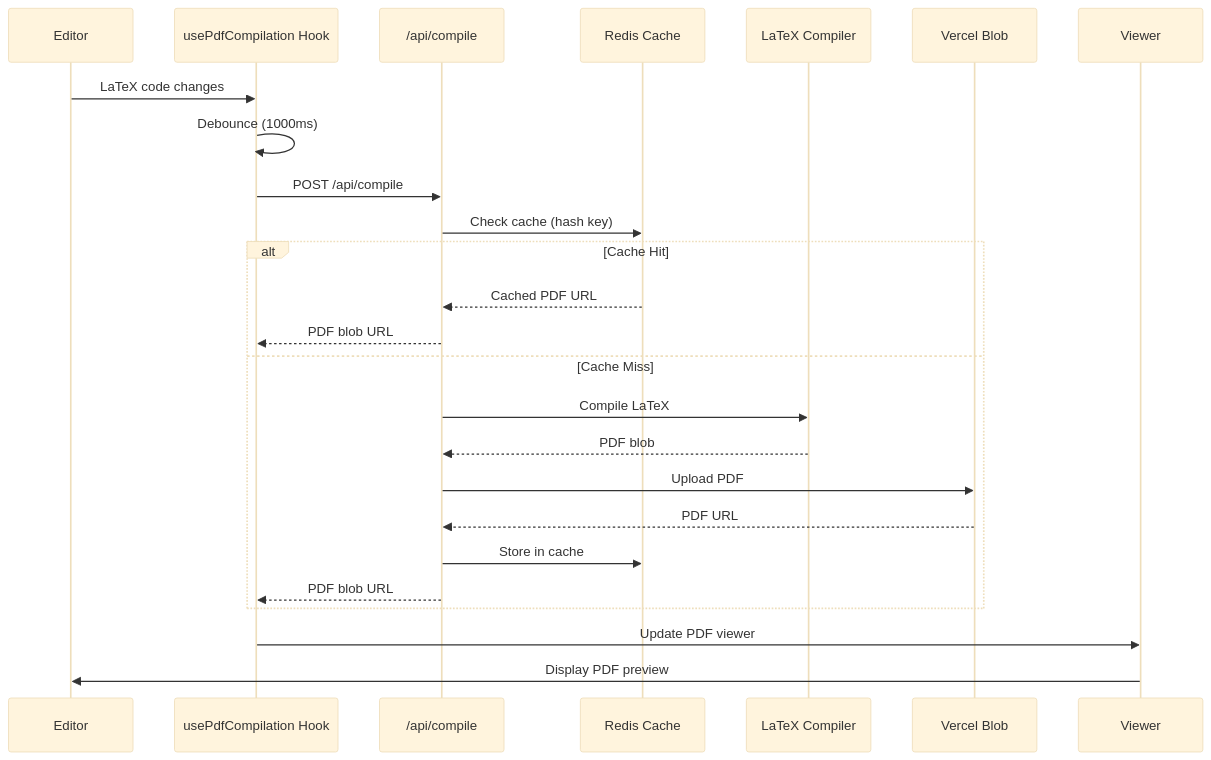
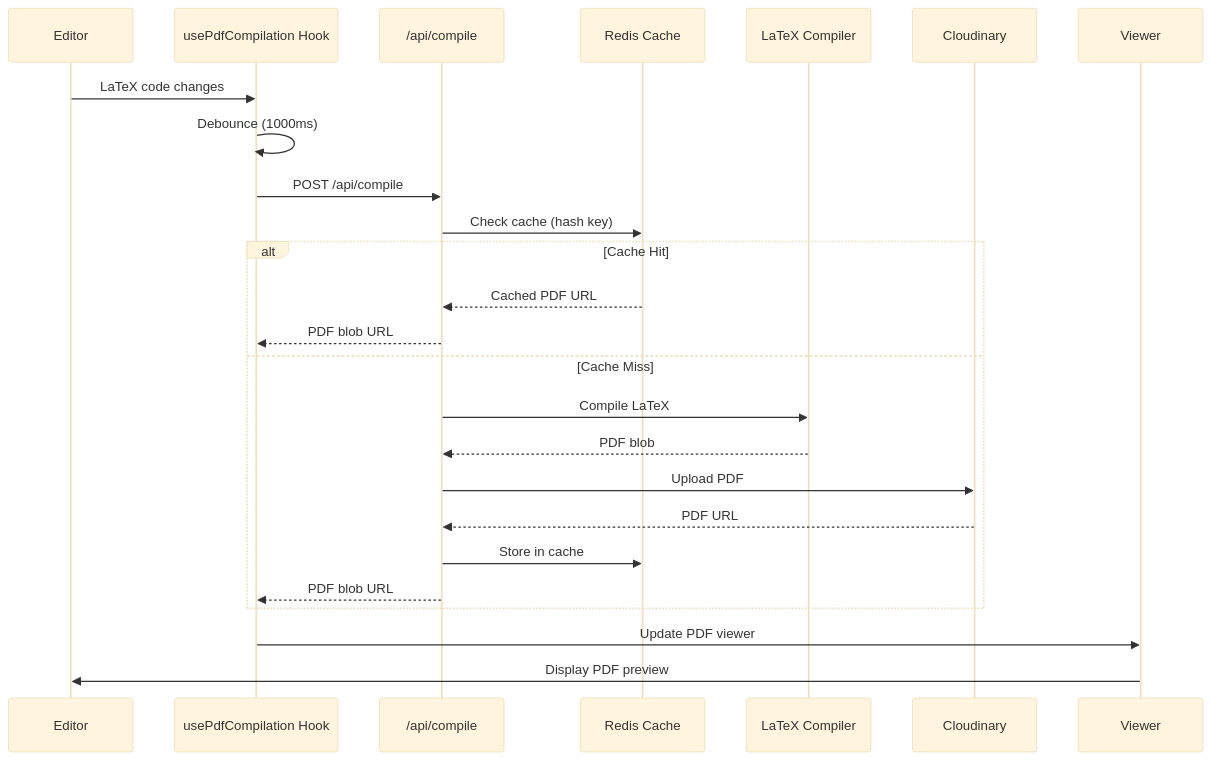
Before and after one commit to ChanMeng666/easy-resume: the third of 6 diagrams in README.md, drawn with Mermaid (base theme). The commit also changed other lines of this file and 4 other files, not shown here.

First line of the commit message:
Migrate PDF storage from Vercel Blob to Cloudinary

````diff
--- a/README.md
+++ b/README.md
@@ -556,30 +556,30 @@
 ```mermaid
 sequenceDiagram
     participant E as Editor
     participant H as usePdfCompilation Hook
     participant API as /api/compile
     participant Cache as Redis Cache
     participant Compiler as LaTeX Compiler
-    participant Blob as Vercel Blob
+    participant Blob as Cloudinary
     participant V as Viewer
 
     E->>H: LaTeX code changes
     H->>H: Debounce (1000ms)
     H->>API: POST /api/compile
     API->>Cache: Check cache (hash key)
     
     alt Cache Hit
         Cache-->>API: Cached PDF URL
         API-->>H: PDF blob URL
     else Cache Miss
         API->>Compiler: Compile LaTeX
         Compiler-->>API: PDF blob
         API->>Blob: Upload PDF
         Blob-->>API: PDF URL
         API->>Cache: Store in cache
         API-->>H: PDF blob URL
     end
     
     H->>V: Update PDF viewer
     V->>E: Display PDF preview
 ```
````
